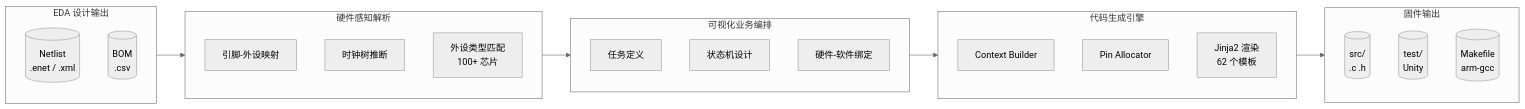
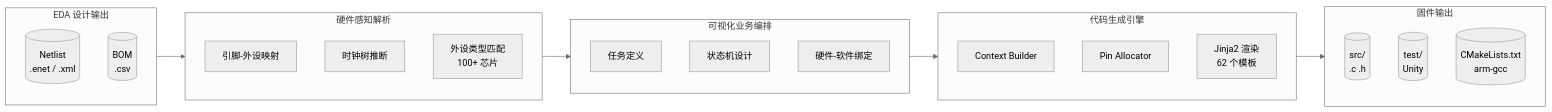
Before and after one commit to jinliangliu/Hardware2Code: the first of 3 diagrams in README.md, drawn with Mermaid (neutral theme). The commit also changed other lines of this file and 102 other files, not shown here.

First line of the commit message:
refactor: replace Makefile with cross-platform CMakeLists.txt

````diff
--- a/README.md
+++ b/README.md
@@ -28,33 +28,33 @@
 ```mermaid
 flowchart LR
     subgraph Input["EDA 设计输出"]
         A1[("Netlist<br>.enet / .xml")]
         A2[("BOM<br>.csv")]
     end
 
     subgraph Parse["硬件感知解析"]
         B1["引脚-外设映射"]
         B2["时钟树推断"]
         B3["外设类型匹配<br>100+ 芯片"]
     end
 
     subgraph Config["可视化业务编排"]
         C1["任务定义"]
         C2["状态机设计"]
         C3["硬件-软件绑定"]
     end
 
     subgraph Engine["代码生成引擎"]
         D1["Context Builder"]
         D2["Pin Allocator"]
         D3["Jinja2 渲染<br>62 个模板"]
     end
 
     subgraph Output["固件输出"]
         E1[("src/<br>.c .h")]
         E2[("test/<br>Unity")]
-        E3[("Makefile<br>arm-gcc")]
+        E3[("CMakeLists.txt<br>arm-gcc")]
     end
 
     Input --> Parse --> Config --> Engine --> Output
 ```
````
